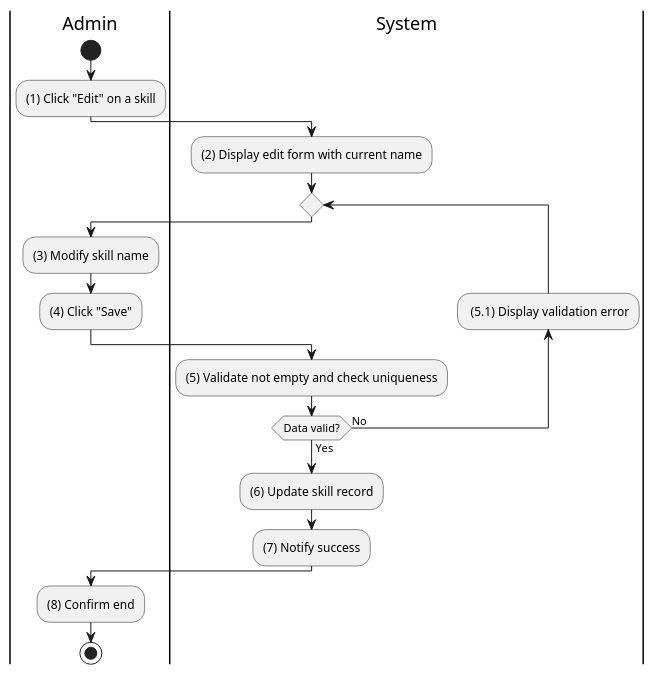
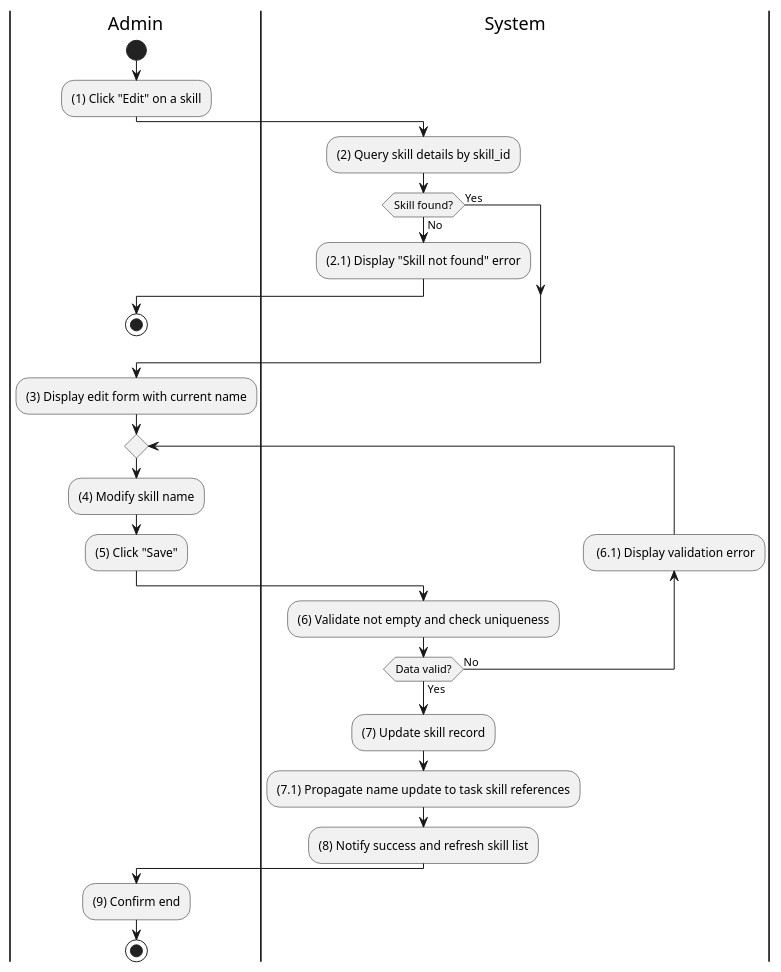
Before and after one commit to taskpilot-platform/taskpilot-platform.github.io: the diagram in docs/docs/activity/admin/edit-system-skill.md, drawn with PlantUML. The commit also changed 17 other files, not shown here.

````diff
--- a/docs/docs/activity/admin/edit-system-skill.md
+++ b/docs/docs/activity/admin/edit-system-skill.md
@@ -3,31 +3,41 @@
 ```plantuml
 @startuml
 |A|Admin
 |S|System
 
 |A|
 start
 :(1) Click "Edit" on a skill;
 
 |S|
-:(2) Display edit form with current name;
+:(2) Query skill details by skill_id;
+
+if (Skill found?) then (No)
+  :(2.1) Display "Skill not found" error;
+  |A|
+  stop
+else (Yes)
+endif
+
+:(3) Display edit form with current name;
 
 repeat
   |A|
-  :(3) Modify skill name;
-  :(4) Click "Save";
+  :(4) Modify skill name;
+  :(5) Click "Save";
 
   |S|
-  :(5) Validate not empty and check uniqueness;
-  backward: (5.1) Display validation error;
+  :(6) Validate not empty and check uniqueness;
+  backward: (6.1) Display validation error;
 repeat while (Data valid?) is (No) not (Yes)
 
-:(6) Update skill record;
-:(7) Notify success;
+:(7) Update skill record;
+:(7.1) Propagate name update to task skill references;
+:(8) Notify success and refresh skill list;
 
 |A|
-:(8) Confirm end;
+:(9) Confirm end;
 
 stop
 @enduml
 ```
````
